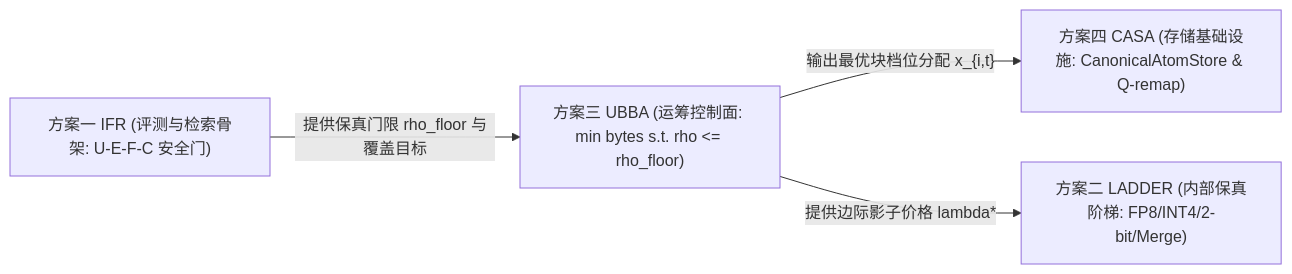
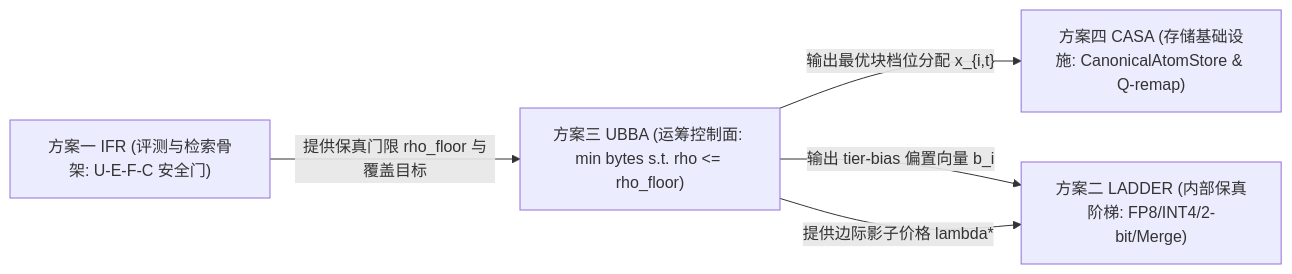
One commit to HairuoLiu/kvmem-strata-fusion changed the second of 2 diagrams in plan-03-ubba/research-report.md. Above: the diagram before and after it, drawn with Mermaid. The commit also changed other lines of this file and 15 other files, not shown here.

````diff
--- a/plan-03-ubba/research-report.md
+++ b/plan-03-ubba/research-report.md
@@ -266,11 +306,12 @@
 ```mermaid
 graph LR
     UBBA["方案三 UBBA (运筹控制面: min bytes s.t. rho <= rho_floor)"]
     CASA["方案四 CASA (存储基础设施: CanonicalAtomStore & Q-remap)"]
     IFR["方案一 IFR (评测与检索骨架: U-E-F-C 安全门)"]
     LADDER["方案二 LADDER (内部保真阶梯: FP8/INT4/2-bit/Merge)"]
 
     UBBA -->|"输出最优块档位分配 x_{i,t}"| CASA
+    UBBA -->|"输出 tier-bias 偏置向量 b_i"| LADDER
     UBBA -->|"提供边际影子价格 lambda*"| LADDER
     IFR -->|"提供保真门限 rho_floor 与覆盖目标"| UBBA
 ```
````
